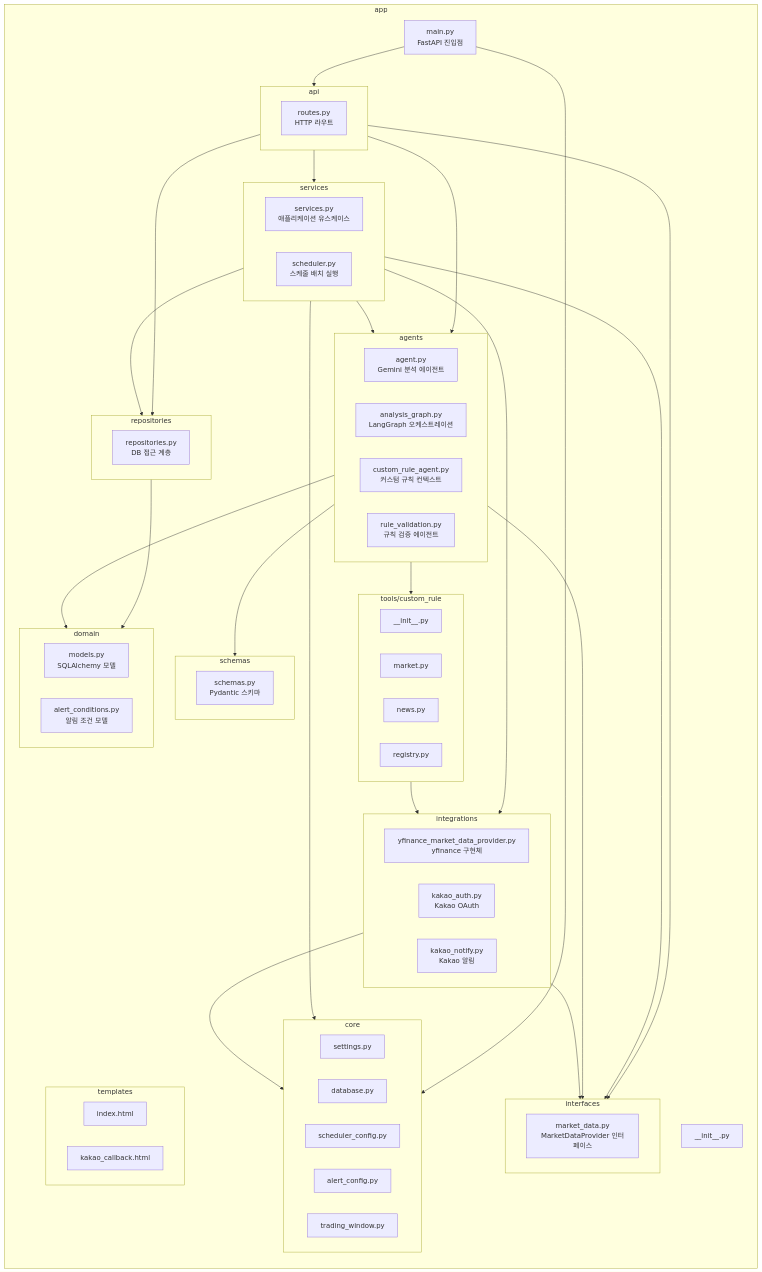
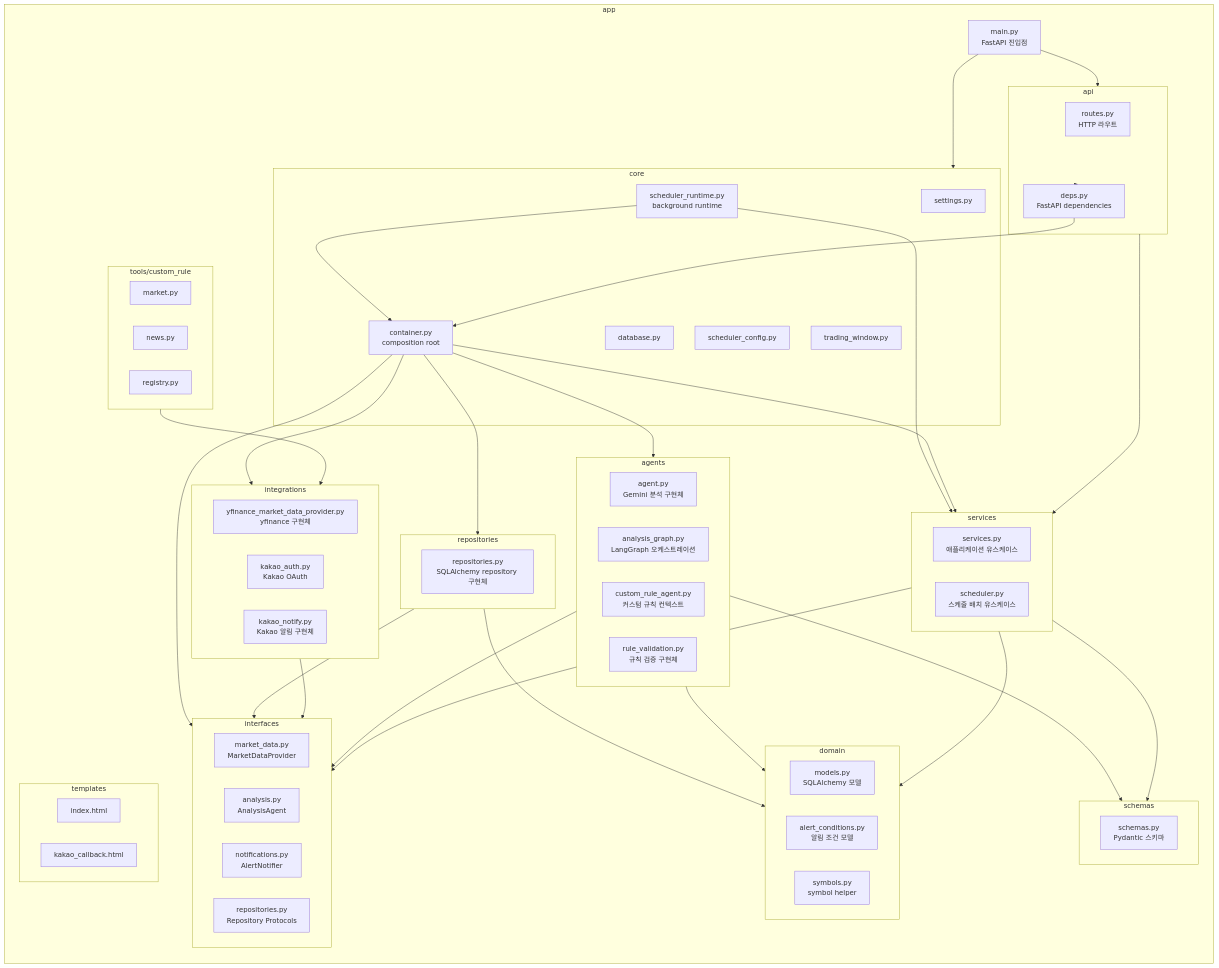
Before and after one commit to PhilPark-geosr/stock-agent: the diagram in docs/pr_12_organize_backend.md, drawn with Mermaid. The commit also changed other lines of this file and 21 other files, not shown here.

````diff
--- a/docs/pr_12_organize_backend.md
+++ b/docs/pr_12_organize_backend.md
@@ -23,23 +24,25 @@
     direction TB
 
     MAIN["main.py<br/>FastAPI 진입점"]
-    INIT["__init__.py"]
 
     subgraph API["api"]
       ROUTES["routes.py<br/>HTTP 라우트"]
+      API_DEPS["deps.py<br/>FastAPI dependencies"]
     end
 
     subgraph CORE["core"]
       SETTINGS["settings.py"]
       DATABASE["database.py"]
       SCHEDULER_CONFIG["scheduler_config.py"]
-      ALERT_CONFIG["alert_config.py"]
       TRADING_WINDOW["trading_window.py"]
+      CONTAINER["container.py<br/>composition root"]
+      SCHEDULER_RUNTIME["scheduler_runtime.py<br/>background runtime"]
     end
 
     subgraph DOMAIN["domain"]
       MODELS["models.py<br/>SQLAlchemy 모델"]
       ALERT_CONDITIONS["alert_conditions.py<br/>알림 조건 모델"]
+      SYMBOLS["symbols.py<br/>symbol helper"]
     end
 
     subgraph SCHEMAS["schemas"]
@@ -47,33 +50,35 @@
     end
 
     subgraph INTERFACES["interfaces"]
-      MARKET_DATA_INTERFACE["market_data.py<br/>MarketDataProvider 인터페이스"]
-    end
-
-    subgraph REPOSITORIES["repositories"]
-      REPOSITORIES_FILE["repositories.py<br/>DB 접근 계층"]
+      MARKET_DATA_INTERFACE["market_data.py<br/>MarketDataProvider"]
+      ANALYSIS_INTERFACE["analysis.py<br/>AnalysisAgent"]
+      NOTIFICATION_INTERFACE["notifications.py<br/>AlertNotifier"]
+      REPOSITORY_INTERFACE["repositories.py<br/>Repository Protocols"]
     end
 
     subgraph SERVICES["services"]
       SERVICES_FILE["services.py<br/>애플리케이션 유스케이스"]
-      SCHEDULER["scheduler.py<br/>스케줄 배치 실행"]
+      SCHEDULER["scheduler.py<br/>스케줄 배치 유스케이스"]
+    end
+
+    subgraph REPOSITORIES["repositories"]
+      REPOSITORIES_FILE["repositories.py<br/>SQLAlchemy repository 구현체"]
     end
 
     subgraph AGENTS["agents"]
-      AGENT["agent.py<br/>Gemini 분석 에이전트"]
+      AGENT["agent.py<br/>Gemini 분석 구현체"]
       ANALYSIS_GRAPH["analysis_graph.py<br/>LangGraph 오케스트레이션"]
       CUSTOM_RULE_AGENT["custom_rule_agent.py<br/>커스텀 규칙 컨텍스트"]
-      RULE_VALIDATION["rule_validation.py<br/>규칙 검증 에이전트"]
+      RULE_VALIDATION["rule_validation.py<br/>규칙 검증 구현체"]
     end
 
     subgraph INTEGRATIONS["integrations"]
       MARKET_DATA["yfinance_market_data_provider.py<br/>yfinance 구현체"]
       KAKAO_AUTH["kakao_auth.py<br/>Kakao OAuth"]
-      KAKAO_NOTIFY["kakao_notify.py<br/>Kakao 알림"]
+      KAKAO_NOTIFY["kakao_notify.py<br/>Kakao 알림 구현체"]
     end
 
     subgraph TOOLS["tools/custom_rule"]
-      TOOL_INIT["__init__.py"]
       TOOL_MARKET["market.py"]
       TOOL_NEWS["news.py"]
       TOOL_REGISTRY["registry.py"]
@@ -87,21 +92,24 @@
 
   MAIN --> API
   MAIN --> CORE
+  API --> API_DEPS
   API --> SERVICES
-  API --> AGENTS
-  API --> REPOSITORIES
-  API --> INTERFACES
-  SERVICES --> REPOSITORIES
-  SERVICES --> AGENTS
   SERVICES --> INTERFACES
-  SERVICES --> INTEGRATIONS
-  SERVICES --> CORE
-  REPOSITORIES --> DOMAIN
+  SERVICES --> DOMAIN
+  SERVICES --> SCHEMAS
+  AGENTS --> INTERFACES
   AGENTS --> DOMAIN
   AGENTS --> SCHEMAS
-  AGENTS --> INTERFACES
-  AGENTS --> TOOLS
   INTEGRATIONS --> INTERFACES
-  INTEGRATIONS --> CORE
+  REPOSITORIES --> INTERFACES
+  REPOSITORIES --> DOMAIN
   TOOLS --> INTEGRATIONS
+  API_DEPS --> CONTAINER
+  CONTAINER --> SERVICES
+  CONTAINER --> INTERFACES
+  CONTAINER --> REPOSITORIES
+  CONTAINER --> INTEGRATIONS
+  CONTAINER --> AGENTS
+  SCHEDULER_RUNTIME --> CONTAINER
+  SCHEDULER_RUNTIME --> SERVICES
 ```
````
